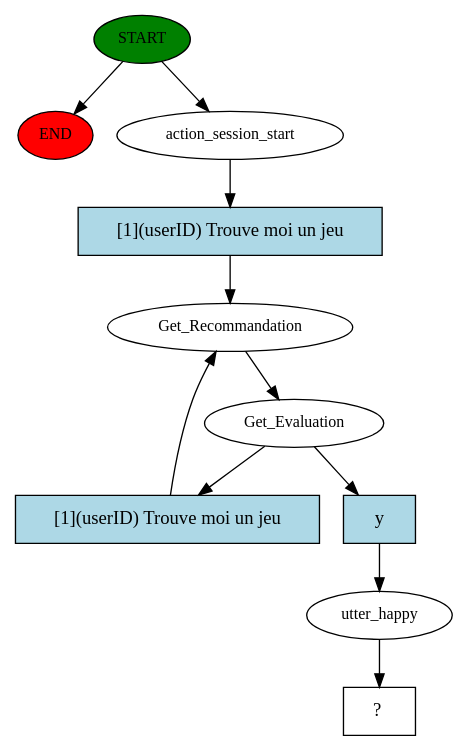
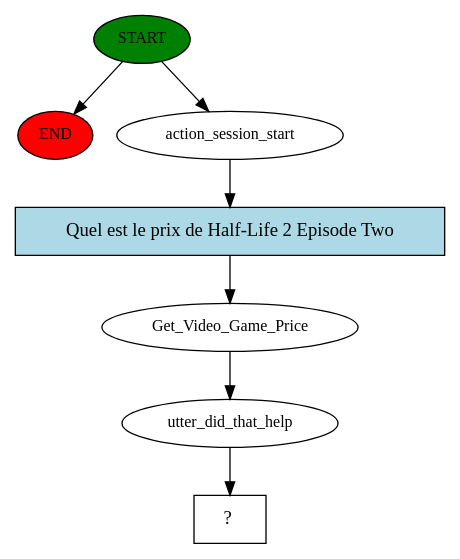
One commit to cousincecile/ihm_pa changed the diagram in OnlyFeed/nlp/rasa_projetc/story_graph.dot. Above: the diagram before and after it, drawn with Graphviz. The commit also changed 7 other files, not shown here.

```diff
--- a/OnlyFeed/nlp/rasa_projetc/story_graph.dot
+++ b/OnlyFeed/nlp/rasa_projetc/story_graph.dot
@@ -1,22 +1,15 @@
 digraph  {
 0 [class="start active", fillcolor=green, fontsize=12, label=START, style=filled];
 "-1" [class=end, fillcolor=red, fontsize=12, label=END, style=filled];
 1 [class=active, fontsize=12, label=action_session_start];
-2 [class=active, fontsize=12, label=Get_Recommandation];
-3 [class=active, fontsize=12, label=Get_Evaluation];
-6 [class=active, fontsize=12, label=utter_happy];
-7 [class="intent dashed active", label="  ?  ", shape=rect];
-8 [class="intent active", fillcolor=lightblue, label="[1](userID) Trouve moi un jeu", shape=rect, style=filled];
-9 [class="intent active", fillcolor=lightblue, label="[1](userID) Trouve moi un jeu", shape=rect, style=filled];
-10 [class="intent active", fillcolor=lightblue, label=y, shape=rect, style=filled];
+2 [class=active, fontsize=12, label=Get_Video_Game_Price];
+3 [class=active, fontsize=12, label=utter_did_that_help];
+4 [class="intent dashed active", label="  ?  ", shape=rect];
+5 [class="intent active", fillcolor=lightblue, label="Quel est le prix de Half-Life 2 Episode Two", shape=rect, style=filled];
 0 -> "-1"  [class="", key=NONE, label=""];
 0 -> 1  [class=active, key=NONE, label=""];
-1 -> 8  [class=active, key=0];
+1 -> 5  [class=active, key=0];
 2 -> 3  [class=active, key=NONE, label=""];
-3 -> 9  [class=active, key=0];
-3 -> 10  [class=active, key=0];
-6 -> 7  [class=active, key=NONE, label=""];
-8 -> 2  [class=active, key=0];
-9 -> 2  [class=active, key=0];
-10 -> 6  [class=active, key=0];
+3 -> 4  [class=active, key=NONE, label=""];
+5 -> 2  [class=active, key=0];
 }
```
